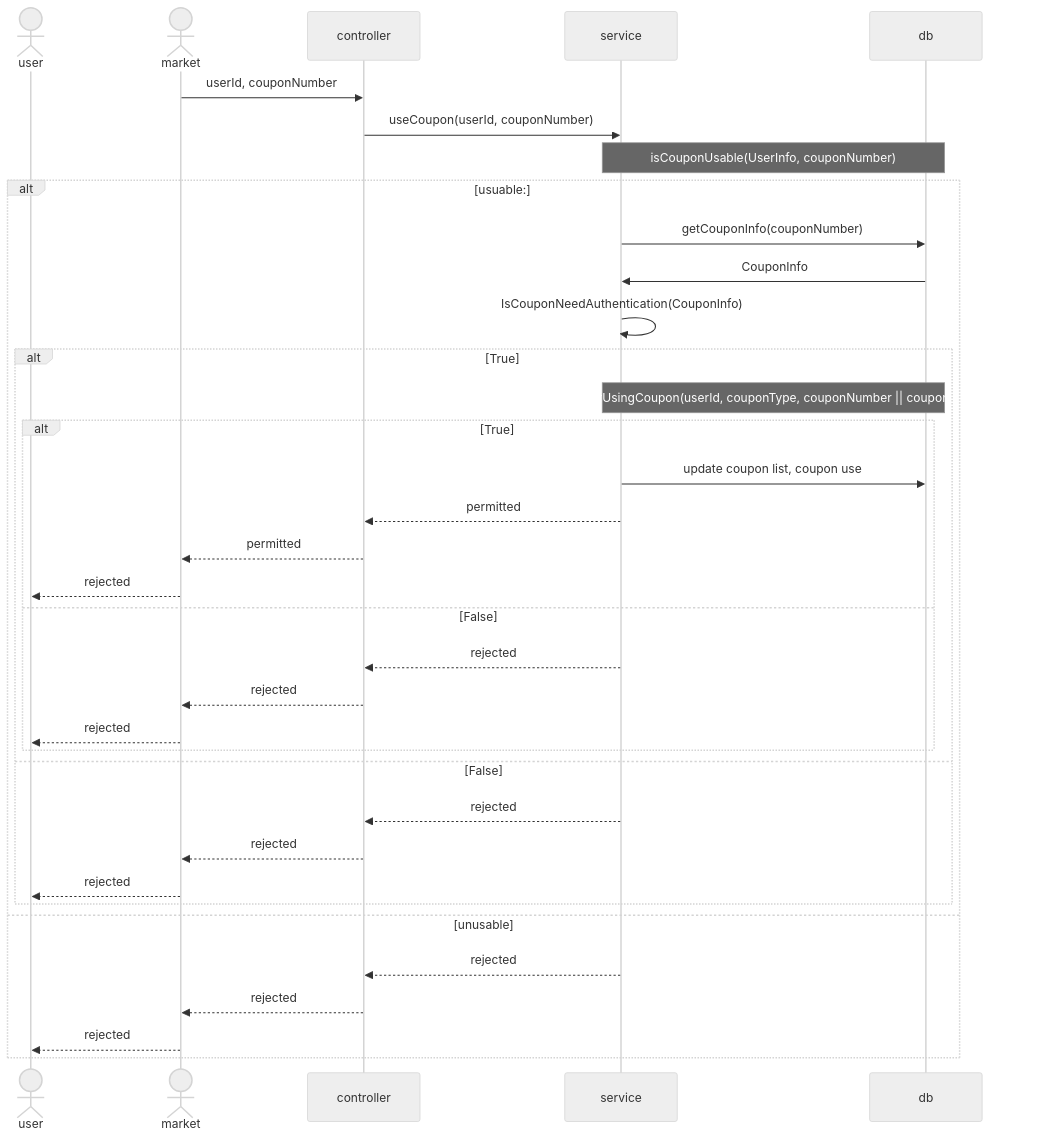
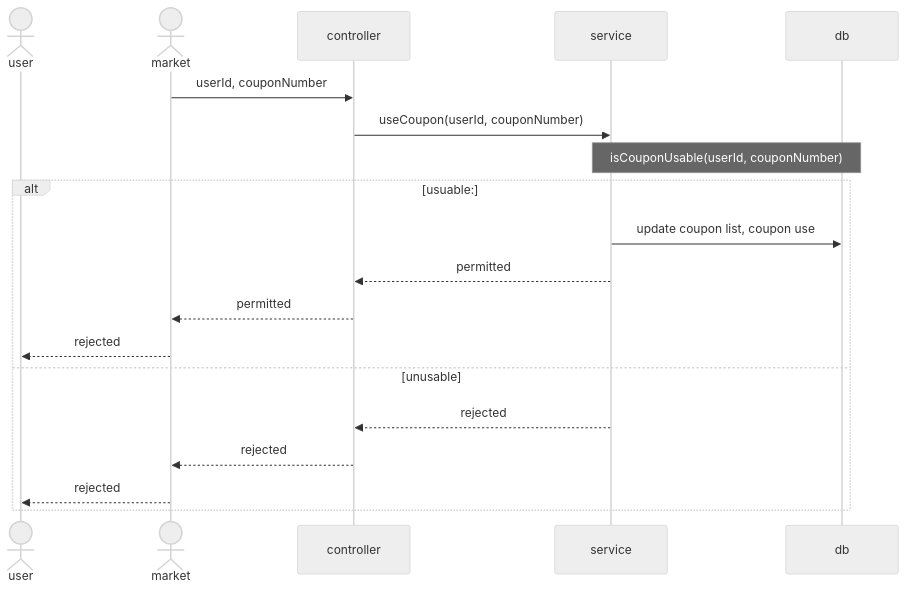
Before and after one commit to couponApiServerEconovation/couponApiServerMtak: the fourth of 8 diagrams in sequence-diagram-phase-0.md, drawn with Mermaid (neutral theme). The commit also changed other lines of this file and 1 other file, not shown here.

Commit message:
#10 phase-9 ERD 완성

````diff
--- a/sequence-diagram-phase-0.md
+++ b/sequence-diagram-phase-0.md
@@ -71,38 +71,22 @@
 ```mermaid
 sequenceDiagram
 actor user
 actor mk as market
 participant ctr as controller
 participant s as service
 participant db
 
 mk->>ctr: userId, couponNumber
 ctr->>s: useCoupon(userId, couponNumber)
-Note over s, db: isCouponUsable(UserInfo, couponNumber)
+Note over s, db: isCouponUsable(userId, couponNumber)
 alt usuable:
-    s->>db: getCouponInfo(couponNumber)
-    db->>s: CouponInfo
-    s->>s: IsCouponNeedAuthentication(CouponInfo)
-    alt True
-        Note over s, db: IskUserValidForUsingCoupon(userId, couponType, couponNumber || couponUserWhiteList)
-        alt True
           s->>db: update coupon list, coupon use
           s-->>ctr: permitted
           ctr-->>mk: permitted
           mk-->>user: rejected
-        else False
-           s-->>ctr: rejected
-          ctr-->>mk: rejected
-          mk-->>user: rejected
-        end
-    else False
-        s-->>ctr: rejected
-        ctr-->>mk: rejected
-        mk-->>user: rejected
-    end
 else unusable
 s-->>ctr: rejected
 ctr-->>mk: rejected
 mk-->>user: rejected
 end
 ```
````
